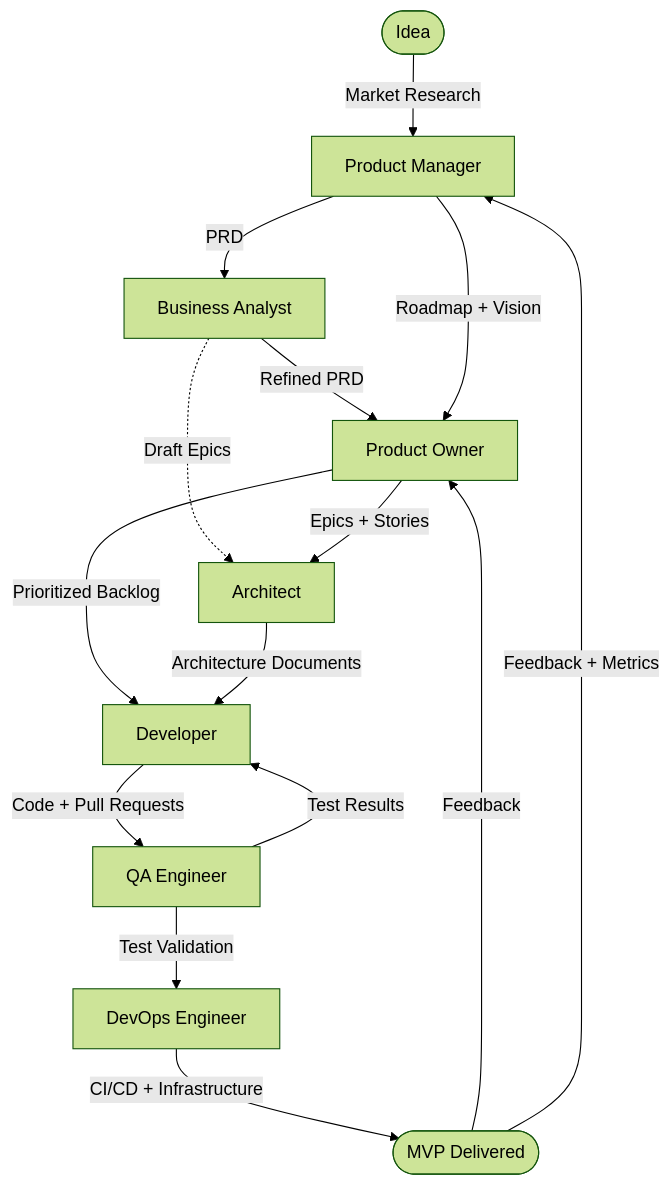
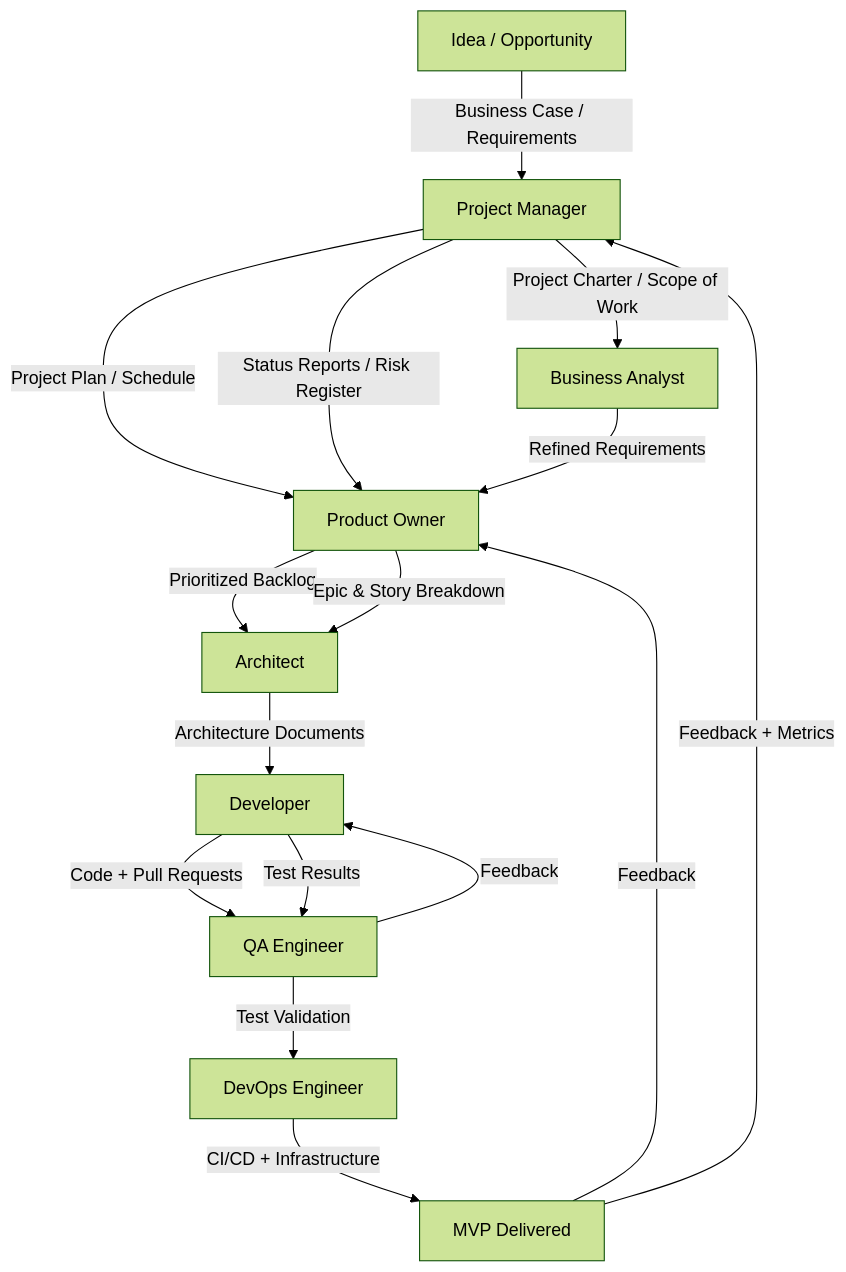
Before and after one commit to KubeRocketCI/kuberocketai: the second of 3 diagrams in docs/architecture/13-sdlc-framework.md, drawn with Mermaid (forest theme). The commit also changed other lines of this file and 45 other files, not shown here.

````diff
--- a/docs/architecture/13-sdlc-framework.md
+++ b/docs/architecture/13-sdlc-framework.md
@@ -107,17 +107,29 @@
 ```mermaid
 flowchart TD
-    Idea([Idea]) -->|Market Research| PM[Product Manager]
-    PM -->|PRD| BA[Business Analyst]
-    BA -->|Refined PRD| PO[Product Owner]
-    PM -->|Roadmap + Vision| PO
-    BA -.Draft Epics.-> Arch[Architect]
-    PO -->|Epics + Stories| Arch
-    PO -->|Prioritized Backlog| Dev[Developer]
-    Arch -->|Architecture Documents| Dev
-    Dev -->|Code + Pull Requests| QA[QA Engineer]
-    QA -->|Test Results| Dev
-    QA -->|Test Validation| DevOps[DevOps Engineer]
-    DevOps -->|CI/CD + Infrastructure| MVP([MVP Delivered])
-    MVP -->|Feedback| PO
-    MVP -->|Feedback + Metrics| PM
+    Idea["Idea / Opportunity"]
+    Project_Manager["Project Manager"]
+    Business_Analyst["Business Analyst"]
+    Product_Owner["Product Owner"]
+    Architect["Architect"]
+    Developer["Developer"]
+    QA_Engineer["QA Engineer"]
+    DevOps_Engineer["DevOps Engineer"]
+    MVP["MVP Delivered"]
+
+    Idea -->|Business Case / Requirements| Project_Manager
+    Project_Manager -->|Project Charter / Scope of Work| Business_Analyst
+    Project_Manager -->|Project Plan / Schedule| Product_Owner
+    Project_Manager -->|Status Reports / Risk Register| Product_Owner
+
+    Business_Analyst -->|Refined Requirements| Product_Owner
+    Product_Owner -->|Prioritized Backlog| Architect
+    Product_Owner -->|Epic & Story Breakdown| Architect
+    Architect -->|Architecture Documents| Developer
+    Developer -->|Code + Pull Requests| QA_Engineer
+    Developer -->|Test Results| QA_Engineer
+    QA_Engineer -->|Test Validation| DevOps_Engineer
+    QA_Engineer -->|Feedback| Developer
+    DevOps_Engineer -->|CI/CD + Infrastructure| MVP
+    MVP -->|Feedback| Product_Owner
+    MVP -->|Feedback + Metrics| Project_Manager
 ```
````
